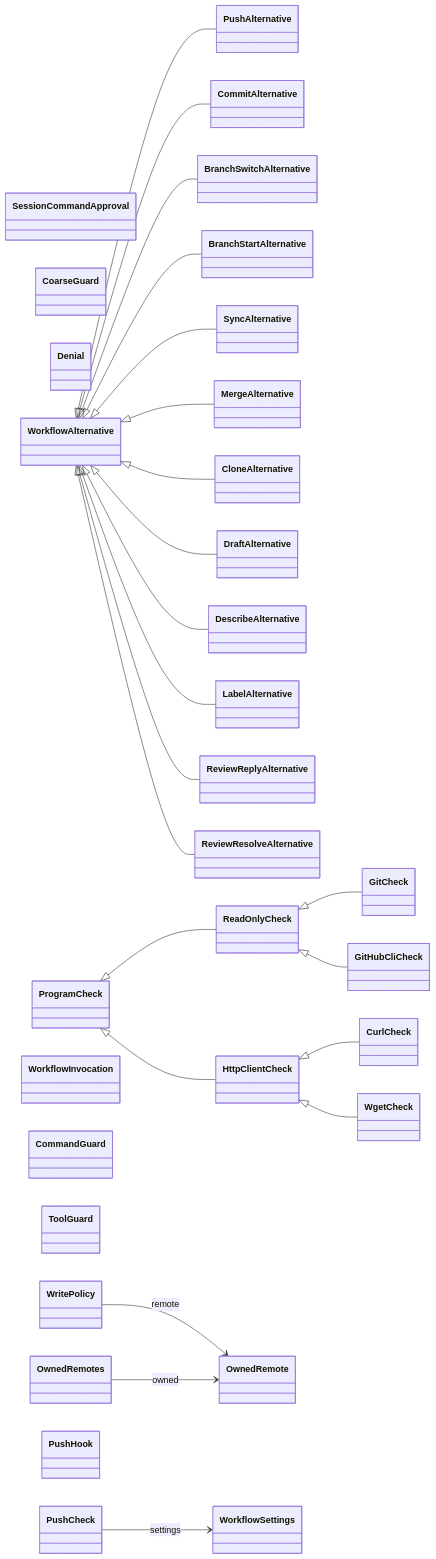
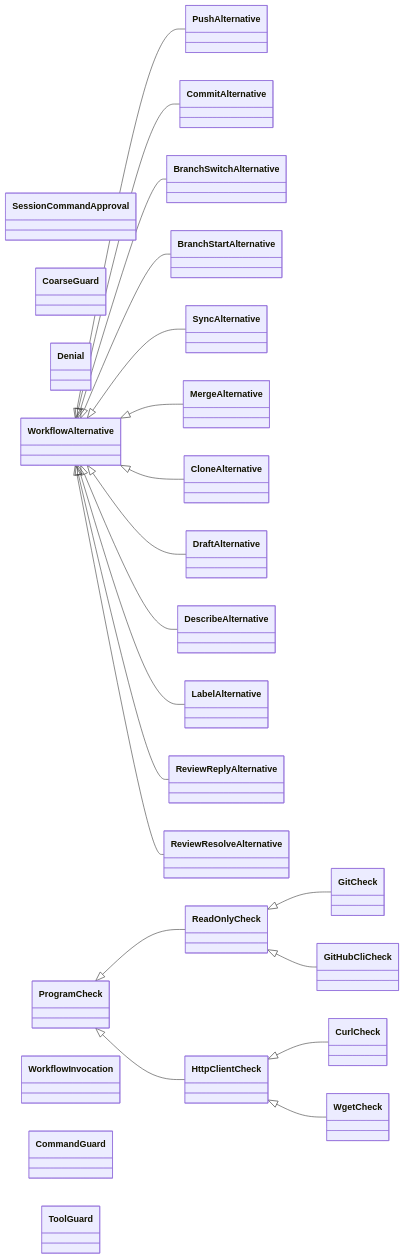
Before and after one commit to LucaKro/GitHubWorkflow: the sixth of 10 diagrams in README.md, drawn with Mermaid. The commit also changed other lines of this file and 34 other files, not shown here.

First line of the commit message:
Declare the architecture diagrams in pyproject.toml and draw any project's

````diff
--- a/README.md
+++ b/README.md
@@ -279,57 +303,48 @@
 ```mermaid
 classDiagram
     direction LR
     class SessionCommandApproval
     class CoarseGuard
     class Denial
     class WorkflowAlternative
     class PushAlternative
     class CommitAlternative
     class BranchSwitchAlternative
     class BranchStartAlternative
     class SyncAlternative
     class MergeAlternative
     class CloneAlternative
     class DraftAlternative
     class DescribeAlternative
     class LabelAlternative
     class ReviewReplyAlternative
     class ReviewResolveAlternative
     class ProgramCheck
     class ReadOnlyCheck
     class GitCheck
     class GitHubCliCheck
     class HttpClientCheck
     class CurlCheck
     class WgetCheck
     class WorkflowInvocation
     class CommandGuard
     class ToolGuard
-    class WritePolicy
-    class PushCheck
-    class PushHook
-    class OwnedRemote
-    class OwnedRemotes
-    class WorkflowSettings
     WorkflowAlternative <|-- PushAlternative
     WorkflowAlternative <|-- CommitAlternative
     WorkflowAlternative <|-- BranchSwitchAlternative
     WorkflowAlternative <|-- BranchStartAlternative
     WorkflowAlternative <|-- SyncAlternative
     WorkflowAlternative <|-- MergeAlternative
     WorkflowAlternative <|-- CloneAlternative
     WorkflowAlternative <|-- DraftAlternative
     WorkflowAlternative <|-- DescribeAlternative
     WorkflowAlternative <|-- LabelAlternative
     WorkflowAlternative <|-- ReviewReplyAlternative
     WorkflowAlternative <|-- ReviewResolveAlternative
     ProgramCheck <|-- ReadOnlyCheck
     ReadOnlyCheck <|-- GitCheck
     ReadOnlyCheck <|-- GitHubCliCheck
     ProgramCheck <|-- HttpClientCheck
     HttpClientCheck <|-- CurlCheck
     HttpClientCheck <|-- WgetCheck
-    WritePolicy --> OwnedRemote : remote
-    PushCheck --> WorkflowSettings : settings
-    OwnedRemotes --> OwnedRemote : owned
 ```
````
